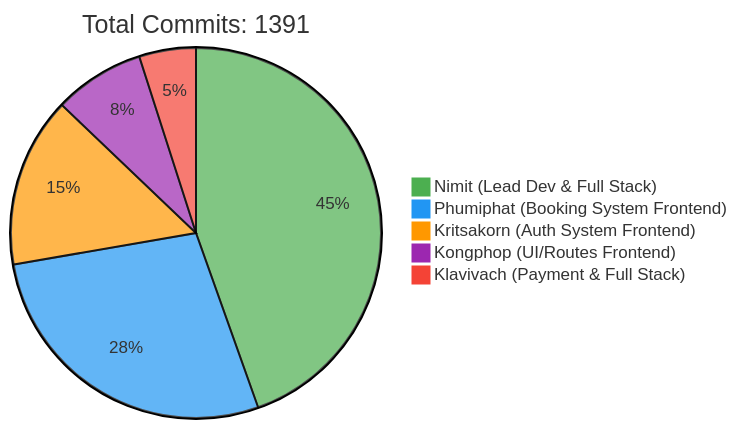
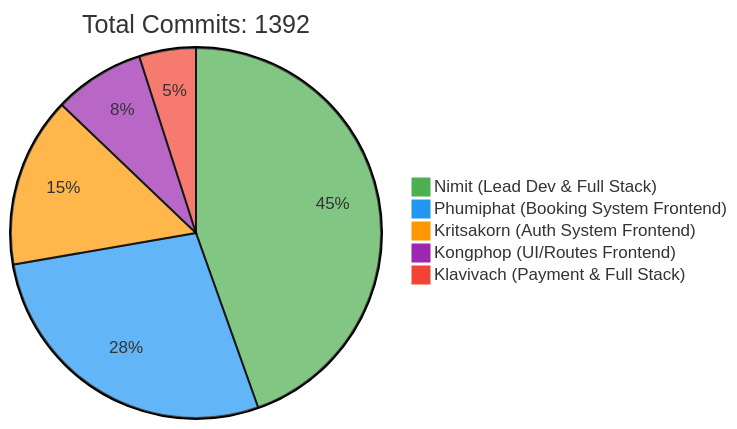
The first of 2 diagrams in README.md (6531503042/Sport-Complex), drawn with Mermaid before and after one commit. The commit also changed other lines of this file, not shown here.

Commit message:
docs: Update contributor statistics [skip ci]

````diff
--- a/README.md
+++ b/README.md
@@ -257,10 +257,10 @@
 ```mermaid
 %%{init: {'theme': 'base', 'themeVariables': { 'pie1': '#4CAF50', 'pie2': '#2196F3', 'pie3': '#FF9800', 'pie4': '#9C27B0', 'pie5': '#F44336'}}}%%
 pie
-    title Total Commits: 1391
+    title Total Commits: 1392
     "Nimit (Lead Dev & Full Stack)" : 450
     "Phumiphat (Booking System Frontend)" : 280
     "Kritsakorn (Auth System Frontend)" : 150
     "Kongphop (UI/Routes Frontend)" : 80
     "Klavivach (Payment & Full Stack)" : 50
 ```
````
